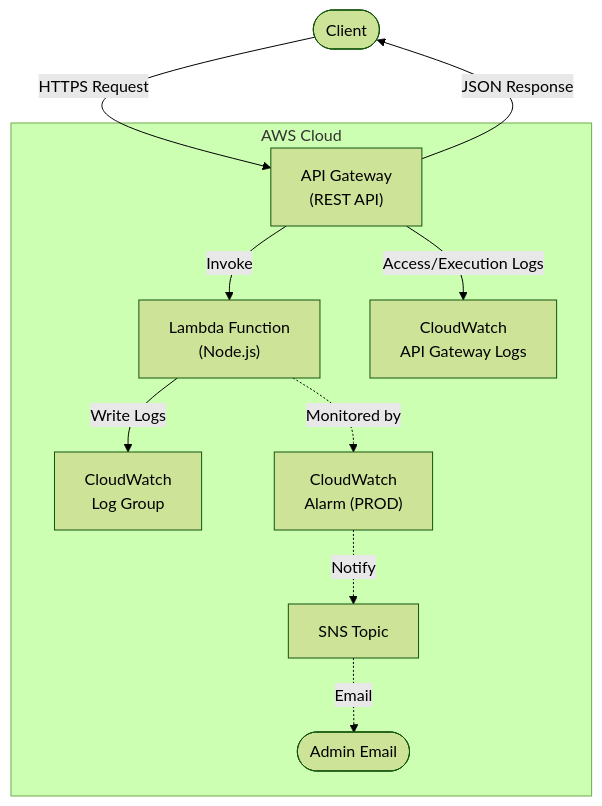
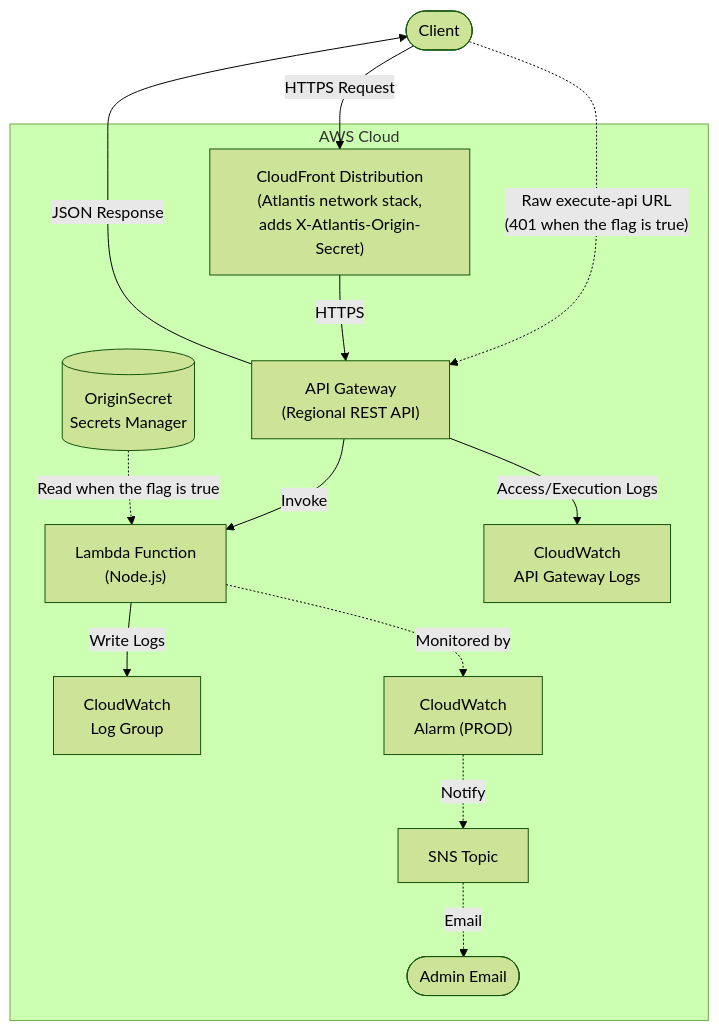
Before and after one commit to 63Klabs/atlantis-starter-02-apigw-lambda-cache-data-nodejs: the first of 2 diagrams in ARCHITECTURE.md, drawn with Mermaid (forest theme). The commit also changed other lines of this file and 30 other files, not shown here.

Commit message:
updating api to regional with ingress check

````diff
--- a/ARCHITECTURE.md
+++ b/ARCHITECTURE.md
@@ -36,16 +38,19 @@
 ```mermaid
 flowchart TB
-    Client([Client]) -->|HTTPS Request| APIGW
+    Client([Client]) -->|HTTPS Request| CF
+    Client -.->|"Raw execute-api URL<br/>(401 when the flag is true)"| APIGW
 
     subgraph AWS["AWS Cloud"]
-        APIGW["API Gateway<br/>(REST API)"]
+        CF["CloudFront Distribution<br/>(Atlantis network stack,<br/>adds X-Atlantis-Origin-Secret)"]
+        CF -->|HTTPS| APIGW["API Gateway<br/>(Regional REST API)"]
         APIGW -->|Invoke| Lambda["Lambda Function<br/>(Node.js)"]
+        Secret[("OriginSecret<br/>Secrets Manager")] -.->|"Read when the flag is true"| Lambda
         Lambda -->|Write Logs| CWLogs["CloudWatch<br/>Log Group"]
         Lambda -.->|Monitored by| CWAlarm["CloudWatch<br/>Alarm (PROD)"]
         CWAlarm -.->|Notify| SNS["SNS Topic"]
         SNS -.->|Email| Email([Admin Email])
         APIGW -->|Access/Execution Logs| APILogs["CloudWatch<br/>API Gateway Logs"]
     end
 
     APIGW -->|JSON Response| Client
 ```
````
